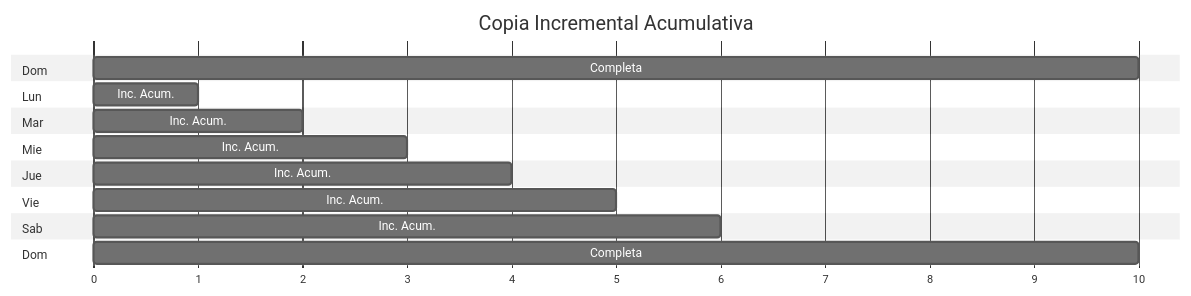
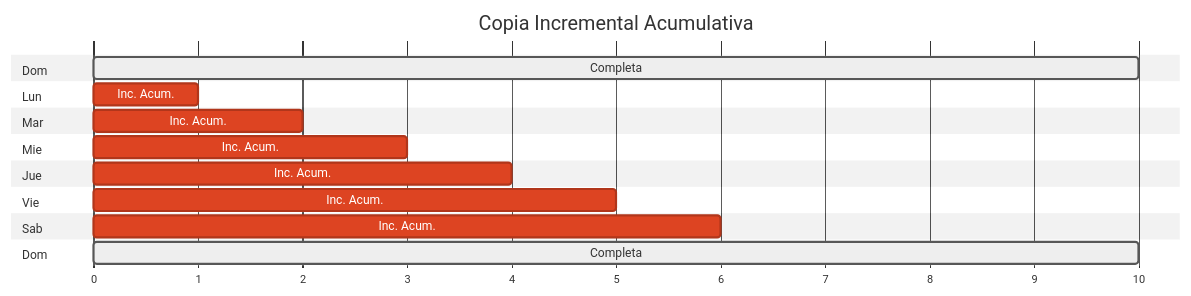
Diagram 11 of 12 in clases/big_data_aplicado/anotaciones/almacenamiento_masivo_datos.md (laralbir/bigdata-ia), drawn with Mermaid (neutral theme) before and after one commit. The commit also changed other lines of this file, not shown here.

Commit message:
docs: add color tags to backup gantt charts

````diff
--- a/clases/big_data_aplicado/anotaciones/almacenamiento_masivo_datos.md
+++ b/clases/big_data_aplicado/anotaciones/almacenamiento_masivo_datos.md
@@ -635,23 +635,23 @@
 ```mermaid
 gantt
     title Copia Incremental Acumulativa
     dateFormat X
     axisFormat %s
 
     section Dom
-    Completa :0, 10
+    Completa :active, 0, 10
     section Lun
-    Inc. Acum. :0, 1
+    Inc. Acum. :crit, 0, 1
     section Mar
-    Inc. Acum. :0, 2
+    Inc. Acum. :crit, 0, 2
     section Mie
-    Inc. Acum. :0, 3
+    Inc. Acum. :crit, 0, 3
     section Jue
-    Inc. Acum. :0, 4
+    Inc. Acum. :crit, 0, 4
     section Vie
-    Inc. Acum. :0, 5
+    Inc. Acum. :crit, 0, 5
     section Sab
-    Inc. Acum. :0, 6
+    Inc. Acum. :crit, 0, 6
     section Dom 
-    Completa :0, 10
+    Completa :active, 0, 10
 ```
````
